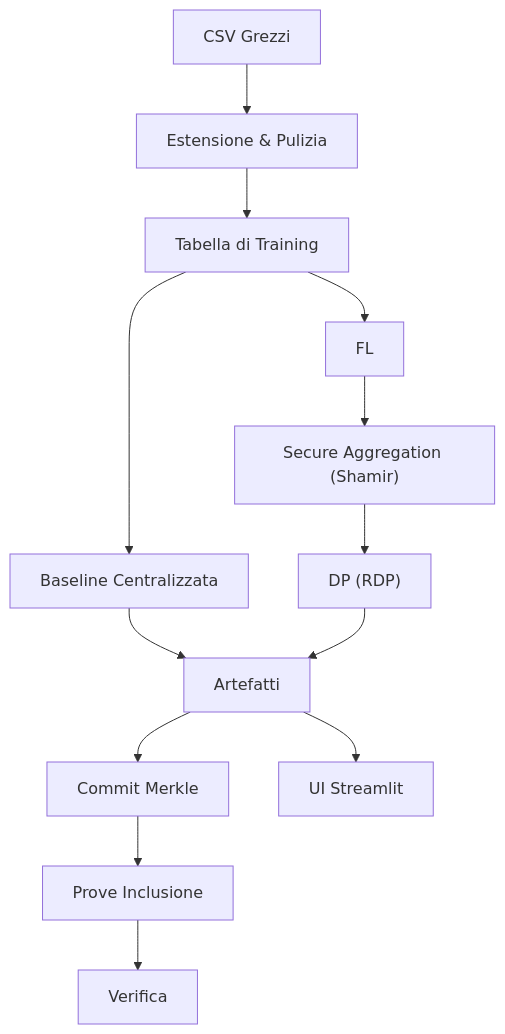
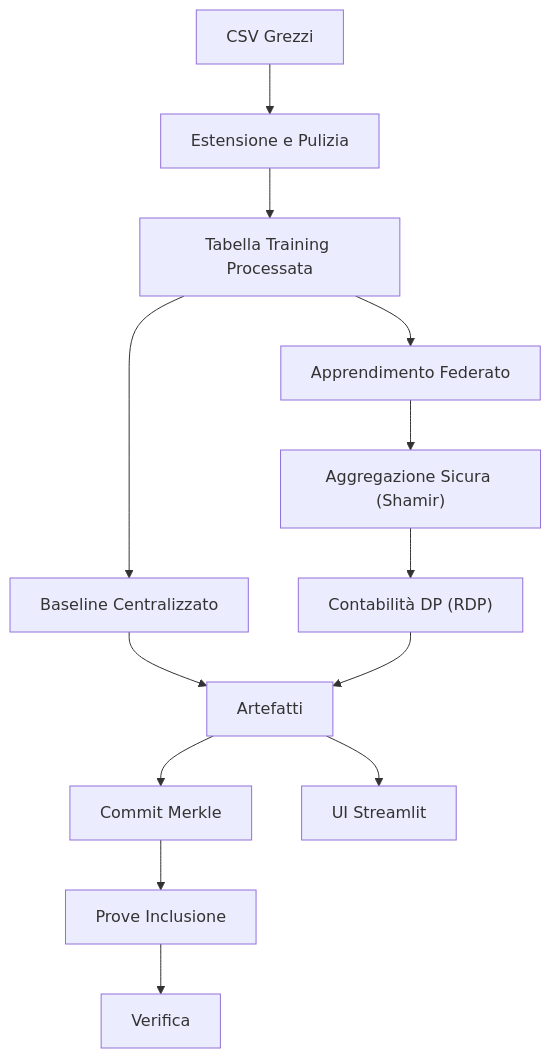
The diagram in docs/technical_docs_it.md (KuznetsovKarazin/disability-job-matching-system), drawn with Mermaid before and after one commit. The commit also changed other lines of this file and 9 other files, not shown here.

````diff
--- a/docs/technical_docs_it.md
+++ b/docs/technical_docs_it.md
@@ -37,15 +35,15 @@
 ```mermaid
 flowchart TB
-  R[CSV Grezzi] --> E[Estensione & Pulizia]
-  E --> P[Tabella di Training]
-  P --> CB[Baseline Centralizzata]
-  P --> FL[FL]
-  FL --> SA["Secure Aggregation (Shamir)"]
-  SA --> DP["DP (RDP)"]
-  CB --> A[Artefatti]
+  R[CSV Grezzi] --> E["Estensione e Pulizia"]
+  E --> P["Tabella Training Processata"]
+  P --> CB["Baseline Centralizzato"]
+  P --> FL["Apprendimento Federato"]
+  FL --> SA["Aggregazione Sicura (Shamir)"]
+  SA --> DP["Contabilità DP (RDP)"]
+  CB --> A["Artefatti"]
   DP --> A
-  A --> M[Commit Merkle]
-  M --> Z[Prove Inclusione]
-  Z --> V[Verifica]
-  A --> UI[UI Streamlit]
+  A --> M["Commit Merkle"]
+  M --> Z["Prove Inclusione"]
+  Z --> V["Verifica"]
+  A --> UI["UI Streamlit"]
 ```
````
